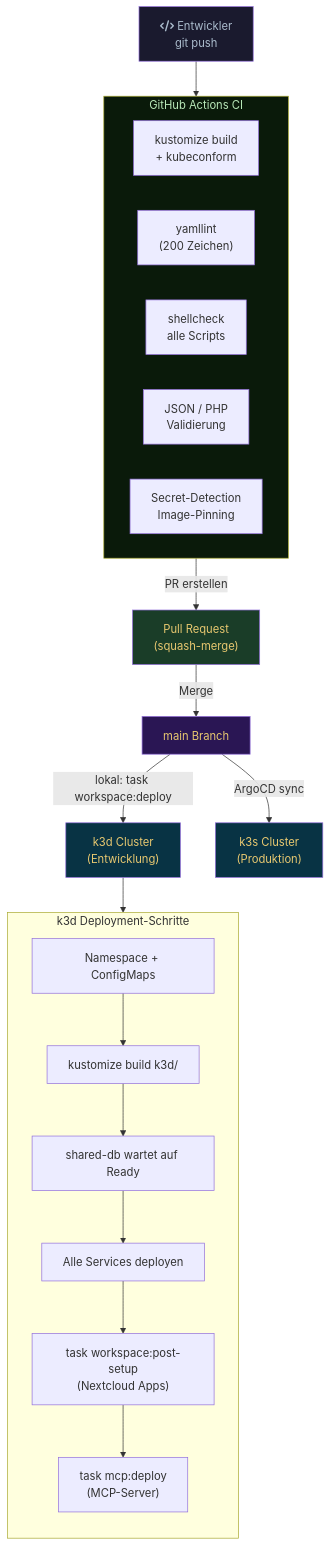
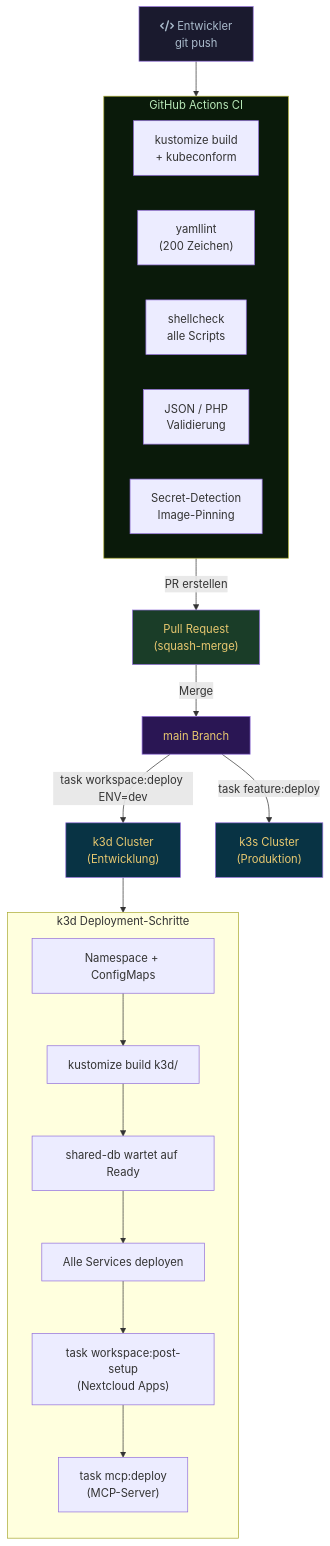
Before and after one commit to Paddione/Bachelorprojekt: the fifth of 5 diagrams in k3d/docs-content/architecture.md, drawn with Mermaid. The commit also changed other lines of this file and 32 other files, not shown here.

First line of the commit message:
chore(infra): remove ArgoCD, add secrets:sync task (#782)

````diff
--- a/k3d/docs-content/architecture.md
+++ b/k3d/docs-content/architecture.md
@@ -316,37 +317,37 @@
 ```mermaid
 flowchart TD
     DEV["fa:fa-code Entwickler\ngit push"] --> CI
 
     subgraph CI ["GitHub Actions CI"]
         direction LR
         KUST["kustomize build\n+ kubeconform"]
         YAML["yamllint\n(200 Zeichen)"]
         SHELL["shellcheck\nalle Scripts"]
         JSON["JSON / PHP\nValidierung"]
         SEC["Secret-Detection\nImage-Pinning"]
     end
 
     CI -->|"PR erstellen"| PR["Pull Request\n(squash-merge)"]
     PR -->|"Merge"| MAIN["main Branch"]
 
-    MAIN -->|"lokal: task workspace:deploy"| K3D["k3d Cluster\n(Entwicklung)"]
-    MAIN -->|"ArgoCD sync"| PROD["k3s Cluster\n(Produktion)"]
+    MAIN -->|"task workspace:deploy ENV=dev"| K3D["k3d Cluster\n(Entwicklung)"]
+    MAIN -->|"task feature:deploy"| PROD["k3s Cluster\n(Produktion)"]
 
     subgraph K3D_STEPS ["k3d Deployment-Schritte"]
         direction TB
         S1["Namespace + ConfigMaps"] --> S2["kustomize build k3d/"]
         S2 --> S3["shared-db wartet auf Ready"]
         S3 --> S4["Alle Services deployen"]
         S4 --> S5["task workspace:post-setup\n(Nextcloud Apps)"]
         S5 --> S6["task mcp:deploy\n(MCP-Server)"]
     end
 
     K3D --> K3D_STEPS
 
     style DEV fill:#1a1a2e,color:#aabbcc
     style CI fill:#0a1a0a,color:#b8e8b8
     style PR fill:#1a3d28,color:#e8c870
     style MAIN fill:#2a1654,color:#e8c870
     style K3D fill:#083344,color:#e8c870
     style PROD fill:#083344,color:#e8c870
 ```
````
